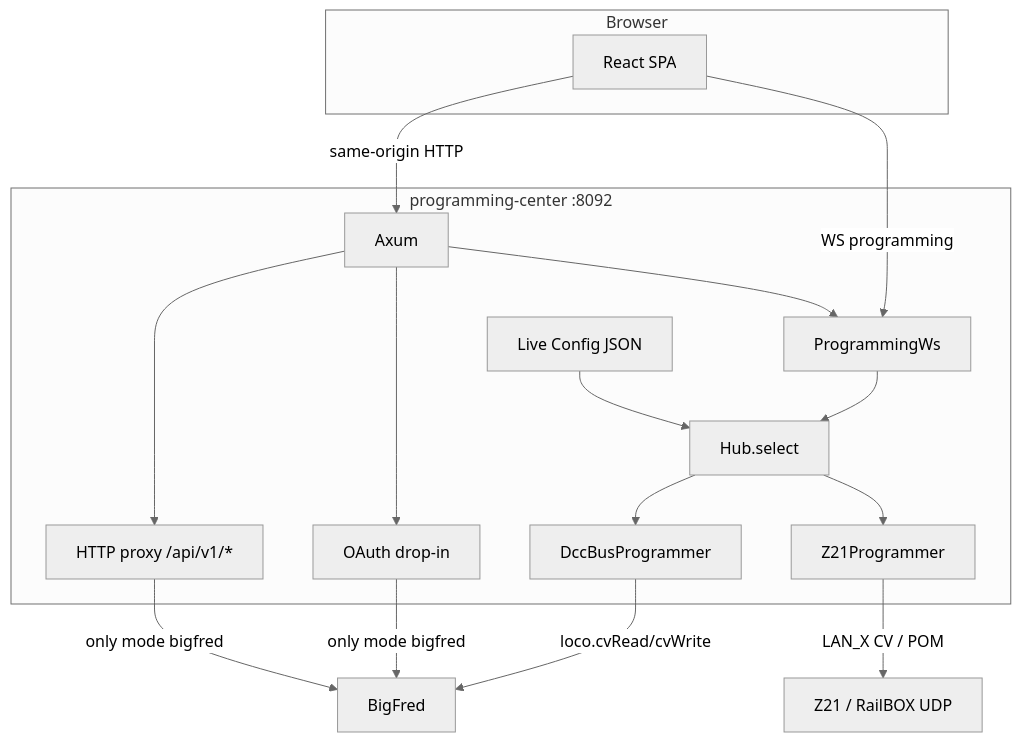
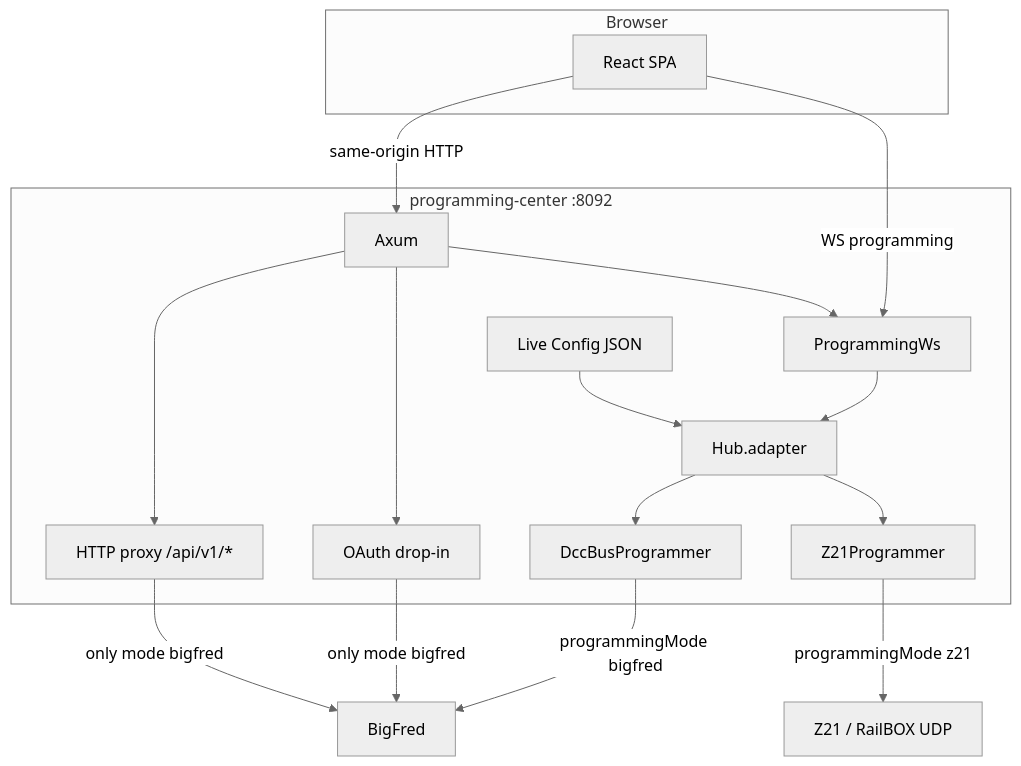
One commit to dcc-bigfred/programming-center changed the first of 2 diagrams in ARCHITECTURE.md. Above: the diagram before and after it, drawn with Mermaid (neutral theme). The commit also changed other lines of this file and 35 other files, not shown here.

````diff
--- a/ARCHITECTURE.md
+++ b/ARCHITECTURE.md
@@ -96,31 +101,31 @@
 ```mermaid
 flowchart TB
     subgraph Tablet["Browser"]
         SPA["React SPA"]
     end
     subgraph PC["programming-center :8092"]
         Axum["Axum"]
         Live["Live Config JSON"]
         WsHub["ProgrammingWs"]
-        Hub["Hub.select"]
+        Hub["Hub.adapter"]
         DccImpl["DccBusProgrammer"]
         Z21Impl["Z21Programmer"]
         Proxy["HTTP proxy /api/v1/*"]
         Oauth["OAuth drop-in"]
         Axum --> WsHub
         Live --> Hub
         WsHub --> Hub
         Hub --> DccImpl
         Hub --> Z21Impl
         Axum --> Proxy
         Axum --> Oauth
     end
     BF["BigFred"]
     Z21["Z21 / RailBOX UDP"]
     SPA -->|"same-origin HTTP"| Axum
     SPA -->|"WS programming"| WsHub
     Proxy -->|"only mode bigfred"| BF
     Oauth -->|"only mode bigfred"| BF
-    DccImpl -->|"loco.cvRead/cvWrite"| BF
-    Z21Impl -->|"LAN_X CV / POM"| Z21
+    DccImpl -->|"programmingMode bigfred"| BF
+    Z21Impl -->|"programmingMode z21"| Z21
 ```
````
